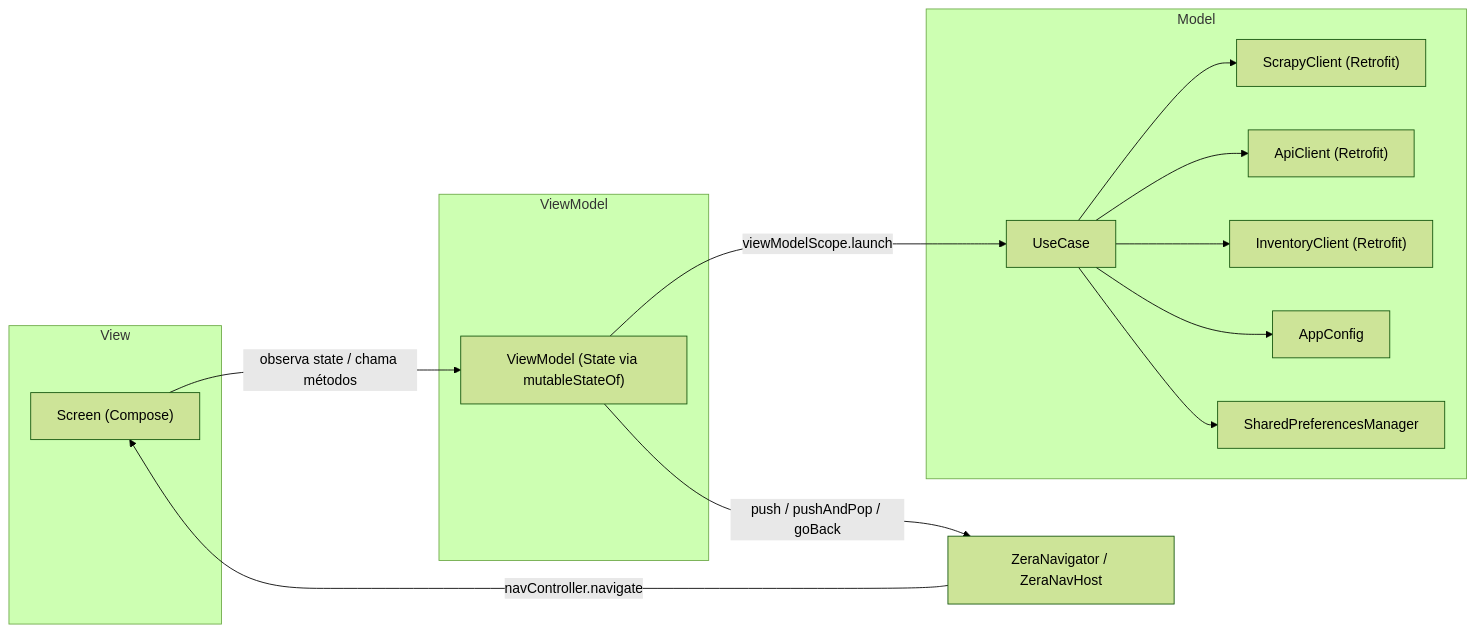
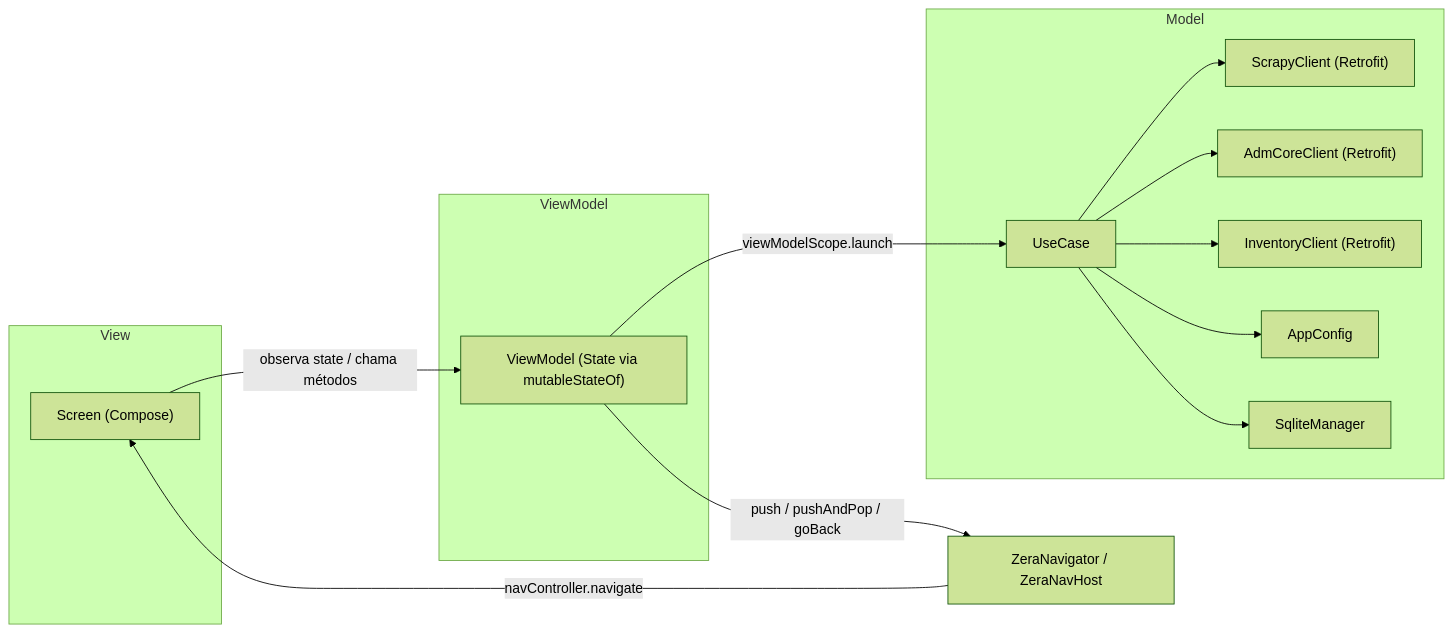
Before and after one commit to zera-interdisciplinar/zera-android-app: the diagram in docs/01-arquitetura.md, drawn with Mermaid (forest theme). The commit also changed other lines of this file and 26 other files, not shown here.

````diff
--- a/docs/01-arquitetura.md
+++ b/docs/01-arquitetura.md
@@ -112,28 +112,28 @@
 ```mermaid
 flowchart LR
     subgraph View
         Screen["Screen (Compose)"]
     end
     subgraph ViewModel
         VM["ViewModel (State via mutableStateOf)"]
     end
     subgraph Model
         UC["UseCase"]
         Scrapy["ScrapyClient (Retrofit)"]
-        API["ApiClient (Retrofit)"]
+        API["AdmCoreClient (Retrofit)"]
         Inventory["InventoryClient (Retrofit)"]
         Config["AppConfig"]
-        Prefs["SharedPreferencesManager"]
+        Prefs["SqliteManager"]
     end
     Nav["ZeraNavigator / ZeraNavHost"]
 
     Screen -- "observa state / chama métodos" --> VM
     VM -- "viewModelScope.launch" --> UC
     UC --> Scrapy
     UC --> API
     UC --> Inventory
     UC --> Config
     UC --> Prefs
     VM -- "push / pushAndPop / goBack" --> Nav
     Nav -- "navController.navigate" --> Screen
 ```
````
